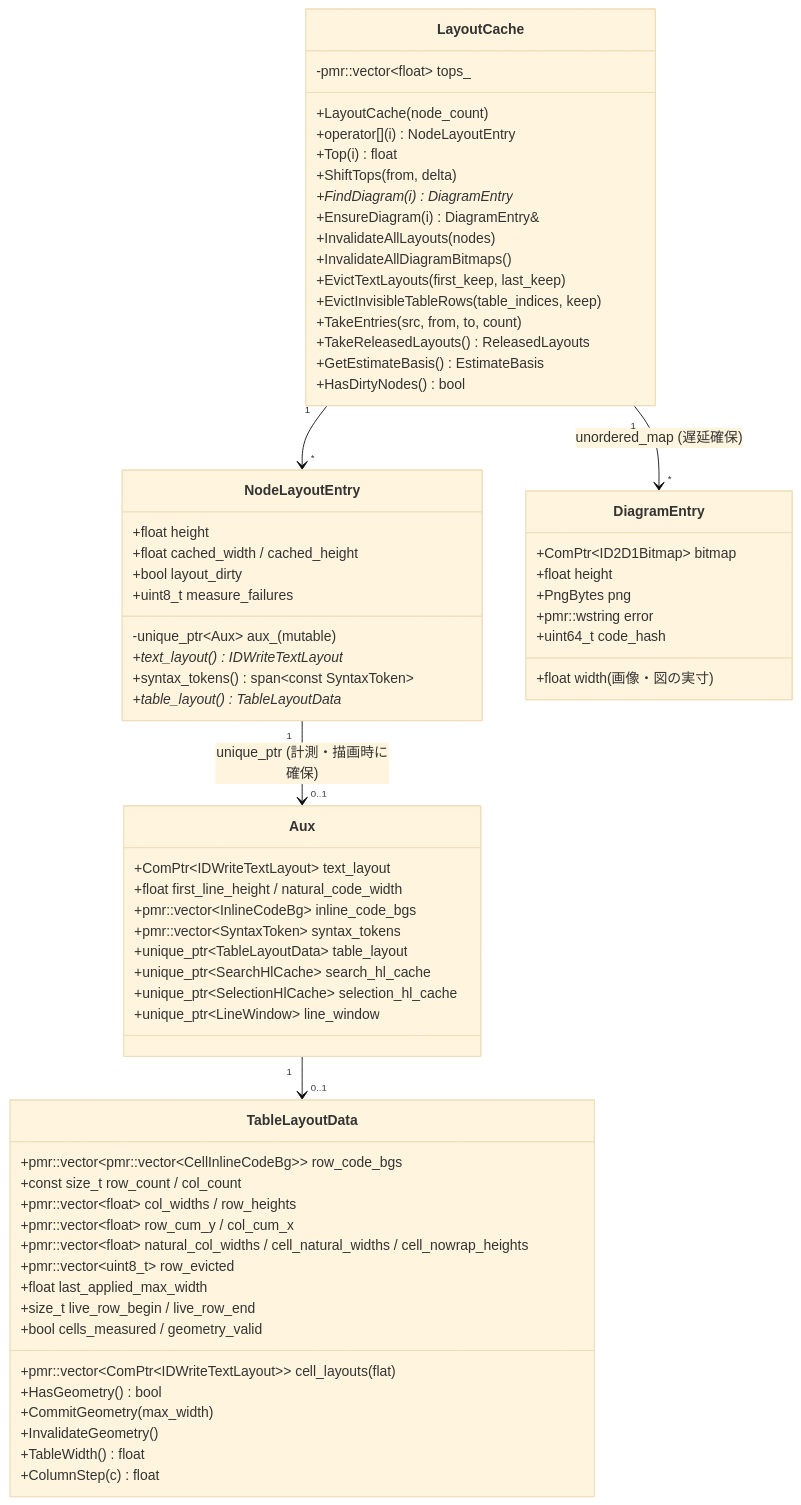
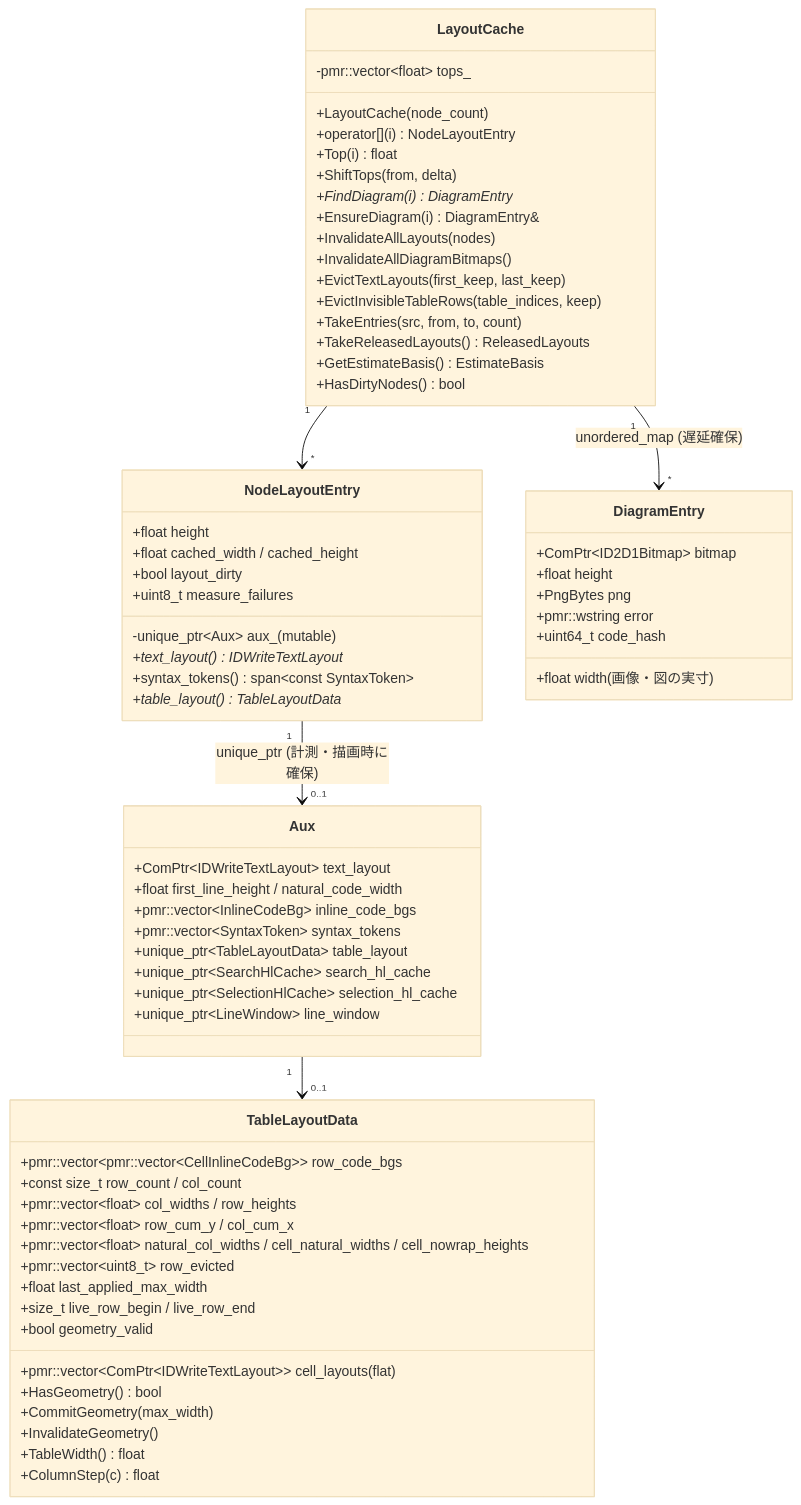
Before and after one commit to tanaton/mendo: diagram 16 of 27 in example/test.md, drawn with Mermaid (base theme). The commit also changed other lines of this file and 4 other files, not shown here.

````diff
--- a/example/test.md
+++ b/example/test.md
@@ -2877,74 +2860,74 @@
 ```mermaid
 classDiagram
     class LayoutCache {
         +LayoutCache(node_count)
         +operator[](i) NodeLayoutEntry
         +Top(i) float
         +ShiftTops(from, delta)
         +FindDiagram(i) DiagramEntry*
         +EnsureDiagram(i) DiagramEntry&
         +InvalidateAllLayouts(nodes)
         +InvalidateAllDiagramBitmaps()
         +EvictTextLayouts(first_keep, last_keep)
         +EvictInvisibleTableRows(table_indices, keep)
         +TakeEntries(src, from, to, count)
         +TakeReleasedLayouts() ReleasedLayouts
         +GetEstimateBasis() EstimateBasis
         +HasDirtyNodes() bool
         -pmr::vector~float~ tops_
     }
 
     class NodeLayoutEntry {
         +float height
         +float cached_width / cached_height
         +bool layout_dirty
         +uint8_t measure_failures
         -unique_ptr~Aux~ aux_ (mutable)
         +text_layout() IDWriteTextLayout*
         +syntax_tokens() span~const SyntaxToken~
         +table_layout() TableLayoutData*
     }
 
     class Aux {
         +ComPtr~IDWriteTextLayout~ text_layout
         +float first_line_height / natural_code_width
         +pmr::vector~InlineCodeBg~ inline_code_bgs
         +pmr::vector~SyntaxToken~ syntax_tokens
         +unique_ptr~TableLayoutData~ table_layout
         +unique_ptr~SearchHlCache~ search_hl_cache
         +unique_ptr~SelectionHlCache~ selection_hl_cache
         +unique_ptr~LineWindow~ line_window
     }
 
     class TableLayoutData {
         +pmr::vector~ComPtr~IDWriteTextLayout~~ cell_layouts (flat)
         +pmr::vector~pmr::vector~CellInlineCodeBg~~ row_code_bgs
         +const size_t row_count / col_count
         +pmr::vector~float~ col_widths / row_heights
         +pmr::vector~float~ row_cum_y / col_cum_x
         +pmr::vector~float~ natural_col_widths / cell_natural_widths / cell_nowrap_heights
         +pmr::vector~uint8_t~ row_evicted
         +float last_applied_max_width
         +size_t live_row_begin / live_row_end
-        +bool cells_measured / geometry_valid
+        +bool geometry_valid
         +HasGeometry() bool
         +CommitGeometry(max_width)
         +InvalidateGeometry()
         +TableWidth() float
         +ColumnStep(c) float
     }
 
     class DiagramEntry {
         +ComPtr~ID2D1Bitmap~ bitmap
         +float width (画像・図の実寸)
         +float height
         +PngBytes png
         +pmr::wstring error
         +uint64_t code_hash
     }
 
     LayoutCache "1" --> "*" NodeLayoutEntry
     LayoutCache "1" --> "*" DiagramEntry : unordered_map (遅延確保)
     NodeLayoutEntry "1" --> "0..1" Aux : unique_ptr (計測・描画時に確保)
     Aux "1" --> "0..1" TableLayoutData
 ```
````
